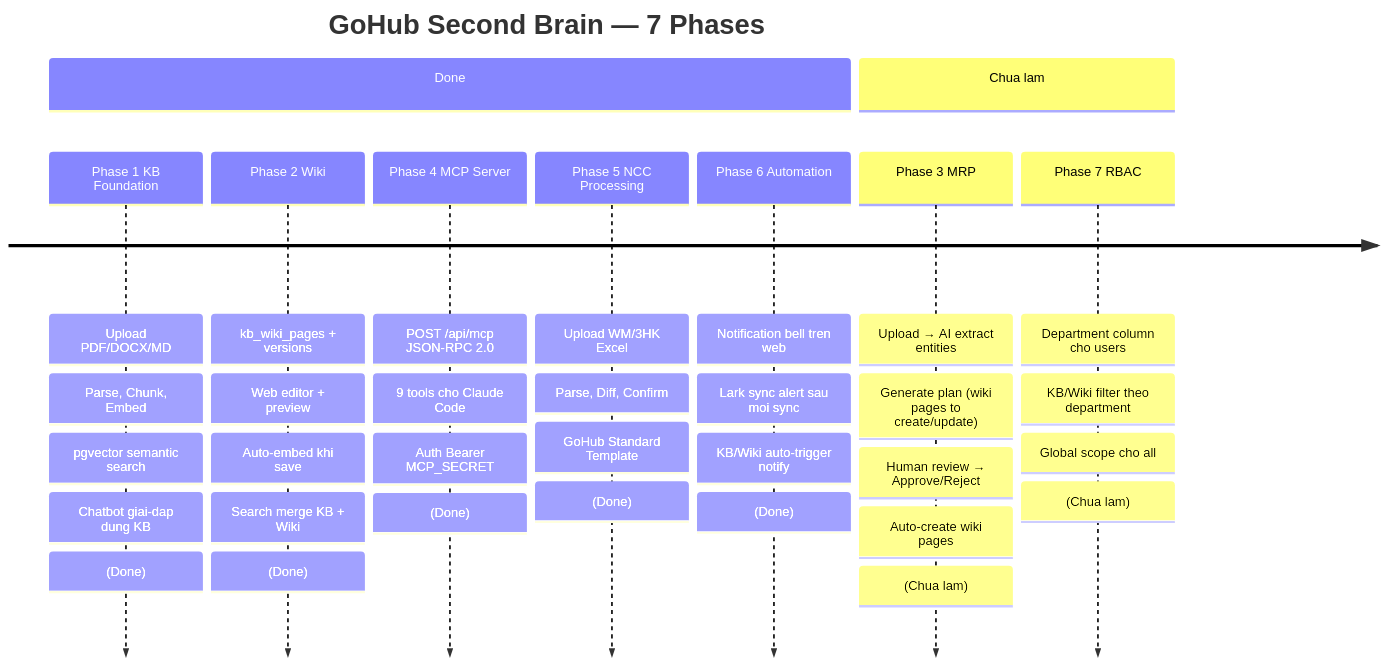
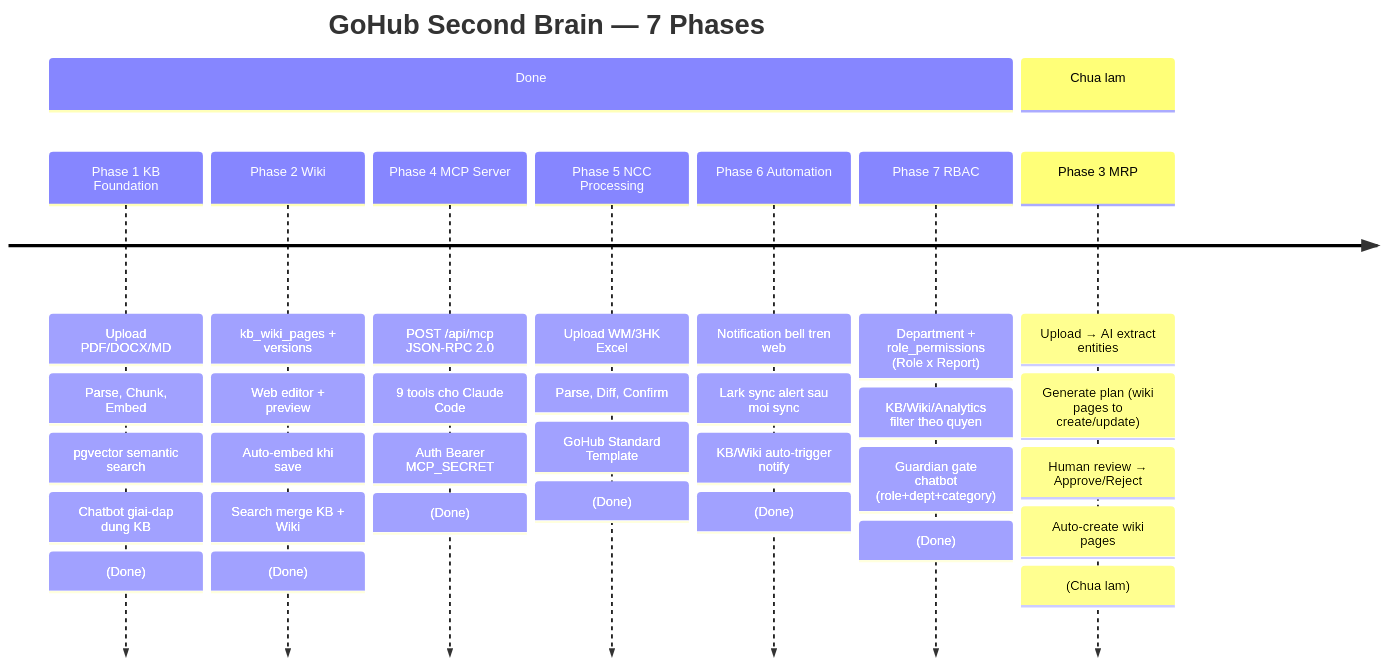
One commit to NguyenHoangHieu-ue/gohub changed the sixth of 7 diagrams in docs/wiki/system/Second-Brain-Architecture.md. Above: the diagram before and after it, drawn with Mermaid. The commit also changed other lines of this file and 3 other files, not shown here.

First line of the commit message:
docs(wiki): cập nhật kiến trúc 6 agent + Guardian, thêm trang Chatbot-Agents-Guardian

````diff
--- a/docs/wiki/system/Second-Brain-Architecture.md
+++ b/docs/wiki/system/Second-Brain-Architecture.md
@@ -266,44 +282,44 @@
 ```mermaid
 timeline
     title GoHub Second Brain — 7 Phases
 
     section Done
         Phase 1 KB Foundation : Upload PDF/DOCX/MD
                               : Parse, Chunk, Embed
                               : pgvector semantic search
                               : Chatbot giai-dap dung KB
                               : (Done)
 
         Phase 2 Wiki : kb_wiki_pages + versions
                      : Web editor + preview
                      : Auto-embed khi save
                      : Search merge KB + Wiki
                      : (Done)
 
         Phase 4 MCP Server : POST /api/mcp JSON-RPC 2.0
                            : 9 tools cho Claude Code
                            : Auth Bearer MCP_SECRET
                            : (Done)
 
         Phase 5 NCC Processing : Upload WM/3HK Excel
                                : Parse, Diff, Confirm
                                : GoHub Standard Template
                                : (Done)
 
         Phase 6 Automation : Notification bell tren web
                            : Lark sync alert sau moi sync
                            : KB/Wiki auto-trigger notify
                            : (Done)
 
+        Phase 7 RBAC : Department + role_permissions (Role x Report)
+                     : KB/Wiki/Analytics filter theo quyen
+                     : Guardian gate chatbot (role+dept+category)
+                     : (Done)
+
     section Chua lam
         Phase 3 MRP : Upload → AI extract entities
                     : Generate plan (wiki pages to create/update)
                     : Human review → Approve/Reject
                     : Auto-create wiki pages
                     : (Chua lam)
-
-        Phase 7 RBAC : Department column cho users
-                     : KB/Wiki filter theo department
-                     : Global scope cho all
-                     : (Chua lam)
 ```
````
